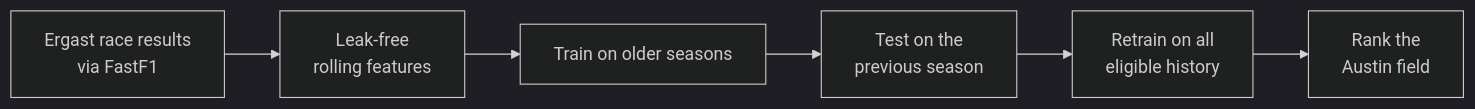
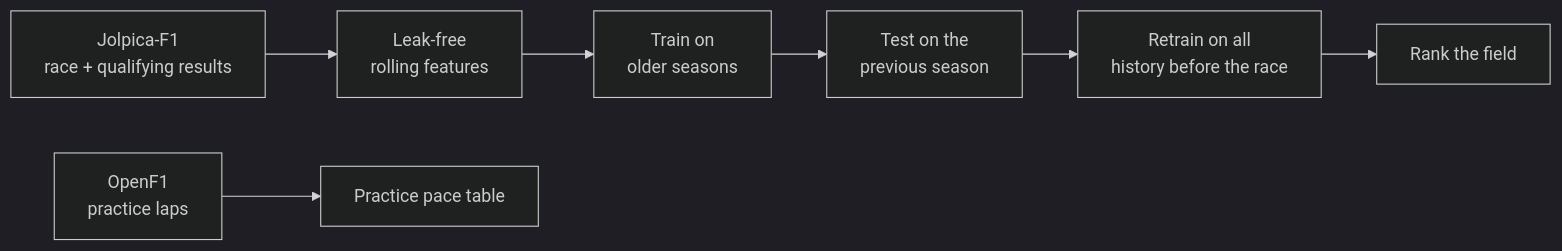
The diagram in README.md (DaenerysDrag/F1), drawn with Mermaid (dark theme) before and after one commit. The commit also changed other lines of this file and 5 other files, not shown here.

````diff
--- a/README.md
+++ b/README.md
@@ -44,8 +59,9 @@
 ```mermaid
 flowchart LR
-    A[Ergast race results<br/>via FastF1] --> B[Leak-free<br/>rolling features]
-    B --> C[Train on older seasons]
+    A[Jolpica-F1<br/>race + qualifying results] --> B[Leak-free<br/>rolling features]
+    B --> C[Train on<br/>older seasons]
     C --> D[Test on the<br/>previous season]
-    D --> E[Retrain on all<br/>eligible history]
-    E --> F[Rank the<br/>Austin field]
+    D --> E[Retrain on all<br/>history before the race]
+    E --> F[Rank the field]
+    G[OpenF1<br/>practice laps] --> H[Practice pace table]
 ```
````
